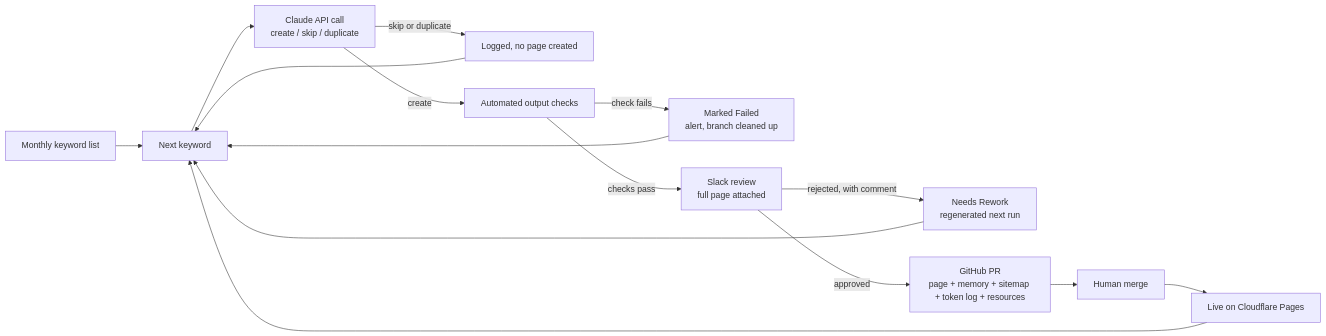
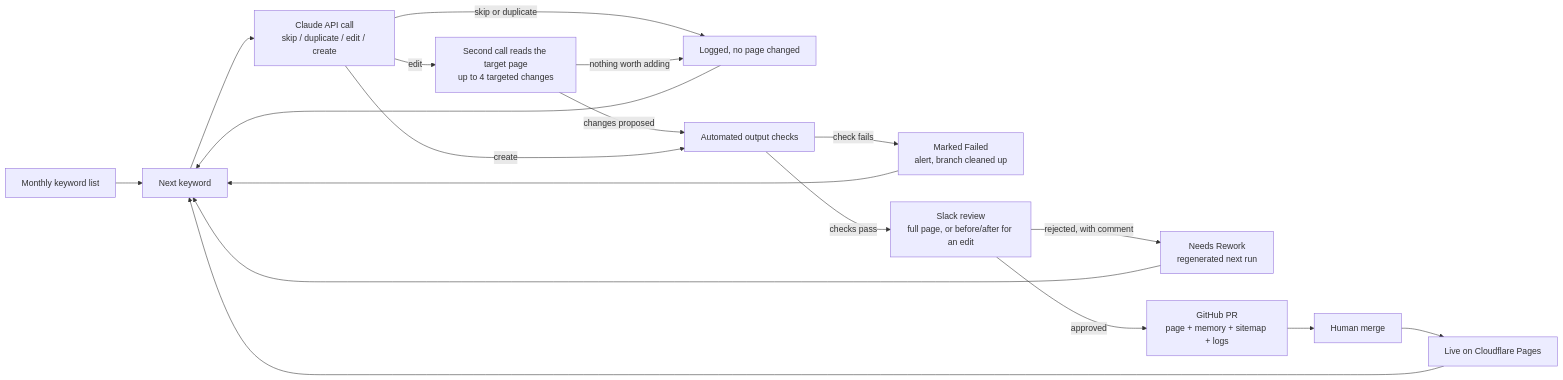
The diagram in README.md (CecileMaindron/funnelsight-site), drawn with Mermaid before and after one commit. The commit also changed other lines of this file, not shown here.

````diff
--- a/README.md
+++ b/README.md
@@ -27,17 +27,20 @@
 ```mermaid
 flowchart LR
     L[Monthly keyword list] --> A[Next keyword]
-    A --> B[Claude API call<br/>create / skip / duplicate]
-    B -->|skip or duplicate| C[Logged, no page created]
+    A --> B[Claude API call<br/>skip / duplicate / edit / create]
+    B -->|skip or duplicate| C[Logged, no page changed]
+    B -->|edit| P[Second call reads the target page<br/>up to 4 targeted changes]
+    P -->|nothing worth adding| C
+    P -->|changes proposed| V
     B -->|create| V[Automated output checks]
     V -->|check fails| X[Marked Failed<br/>alert, branch cleaned up]
-    V -->|checks pass| D[Slack review<br/>full page attached]
+    V -->|checks pass| D[Slack review<br/>full page, or before/after for an edit]
     D -->|rejected, with comment| R[Needs Rework<br/>regenerated next run]
-    D -->|approved| E[GitHub PR<br/>page + memory + sitemap + token log + resources]
+    D -->|approved| E[GitHub PR<br/>page + memory + sitemap + logs]
     E --> F[Human merge]
     F --> G[Live on Cloudflare Pages]
     C --> A
     X --> A
     R --> A
     G --> A
 ```
````
